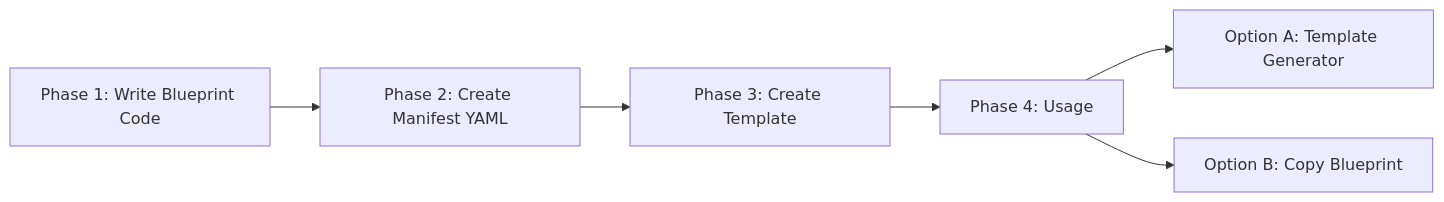
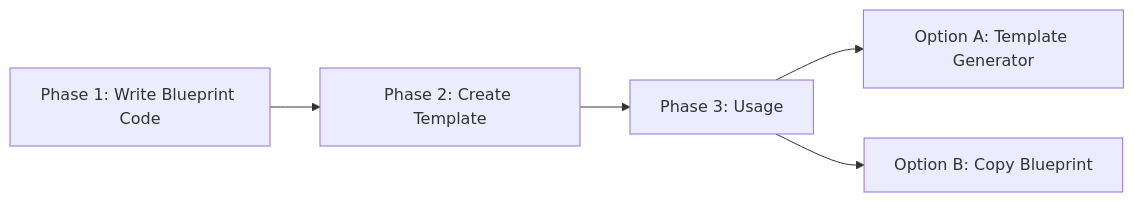
One commit to berTrindade/terraform-infrastructure-blueprints changed the second of 3 diagrams in docs/manifests-and-templates.md. Above: the diagram before and after it, drawn with Mermaid. The commit also changed other lines of this file and 61 other files, not shown here.

First line of the commit message:
docs: expand AGENTS.md and introduce new blueprint patterns and code review standards

````diff
--- a/docs/manifests-and-templates.md
+++ b/docs/manifests-and-templates.md
@@ -21,8 +21,7 @@
 ```mermaid
 flowchart LR
-    A[Phase 1: Write Blueprint Code] --> B[Phase 2: Create Manifest YAML]
-    B --> C[Phase 3: Create Template]
-    C --> D[Phase 4: Usage]
-    D --> E[Option A: Template Generator]
-    D --> F[Option B: Copy Blueprint]
+    A[Phase 1: Write Blueprint Code] --> B[Phase 2: Create Template]
+    B --> C[Phase 3: Usage]
+    C --> D[Option A: Template Generator]
+    C --> E[Option B: Copy Blueprint]
 ```
````
